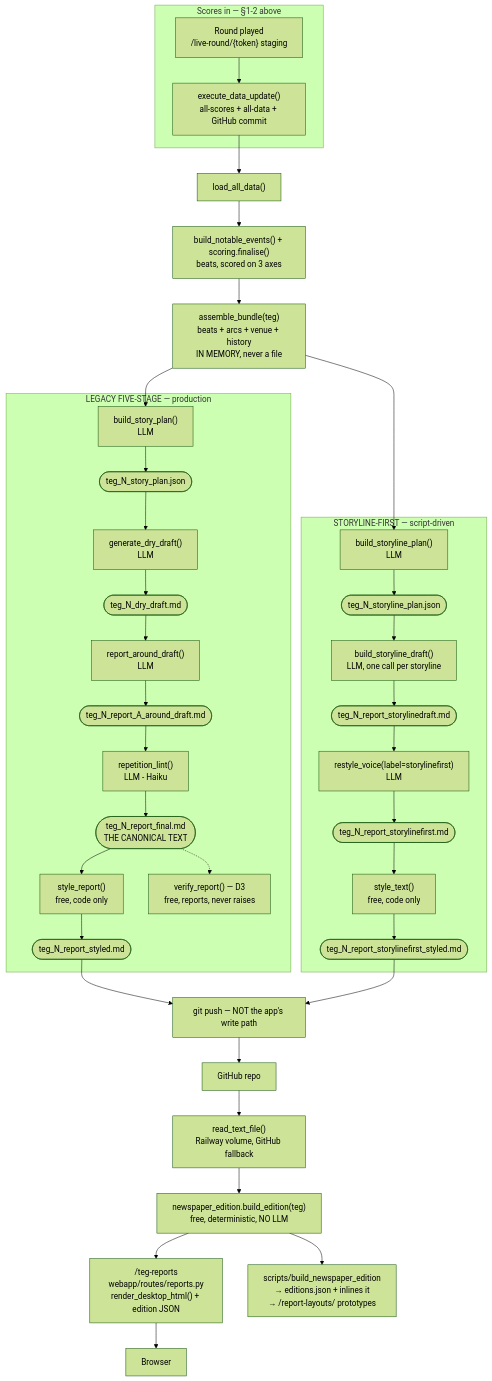
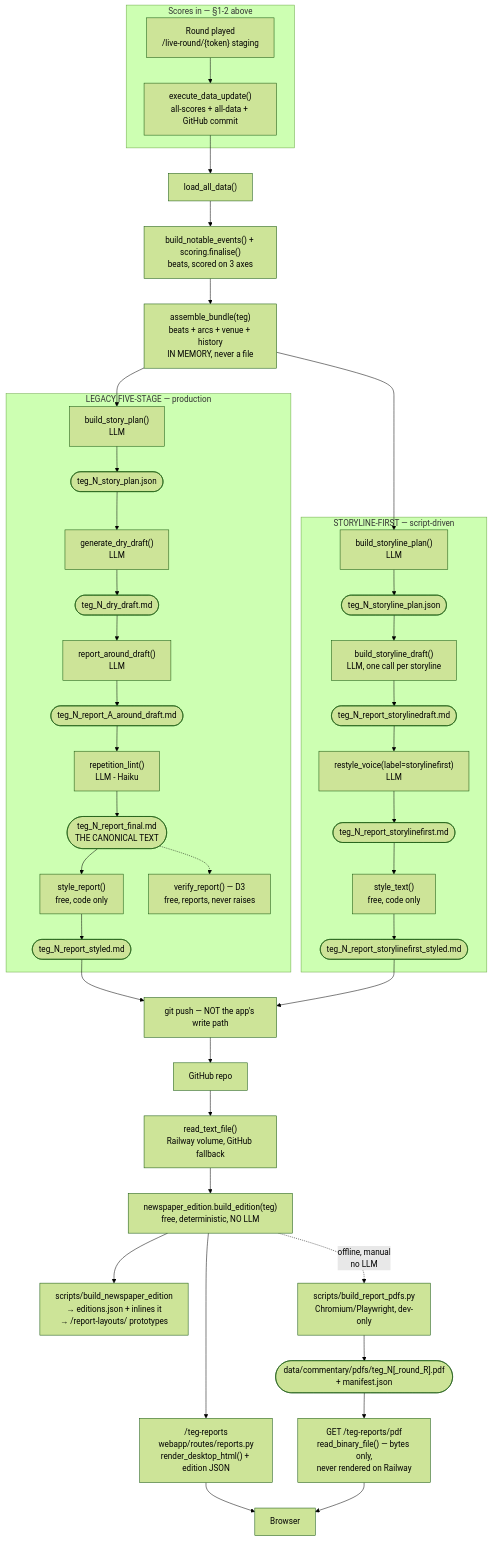
Before and after one commit to jonbaker99/teg_v2: the diagram in DATA_FLOW.md, drawn with Mermaid (forest theme). The commit also changed other lines of this file and 120 other files, not shown here.

````diff
--- a/DATA_FLOW.md
+++ b/DATA_FLOW.md
@@ -368,41 +376,46 @@
 ```mermaid
 flowchart TD
     subgraph entry ["Scores in — §1-2 above"]
         A["Round played<br/>/live-round/{token} staging"] --> B["execute_data_update()<br/>all-scores + all-data + GitHub commit"]
     end
 
     B --> C["load_all_data()"]
     C --> D["build_notable_events() + scoring.finalise()<br/>beats, scored on 3 axes"]
     D --> E["assemble_bundle(teg)<br/>beats + arcs + venue + history<br/>IN MEMORY, never a file"]
 
     subgraph legacy ["LEGACY FIVE-STAGE — production"]
         L1["build_story_plan()<br/>LLM"] --> L1f(["teg_N_story_plan.json"])
         L1f --> L2["generate_dry_draft()<br/>LLM"] --> L2f(["teg_N_dry_draft.md"])
         L2f --> L3["report_around_draft()<br/>LLM"] --> L3f(["teg_N_report_A_around_draft.md"])
         L3f --> L4["repetition_lint()<br/>LLM - Haiku"] --> L4f(["teg_N_report_final.md<br/>THE CANONICAL TEXT"])
         L4f --> L5["style_report()<br/>free, code only"] --> L5f(["teg_N_report_styled.md"])
         L4f -.-> LV["verify_report() — D3<br/>free, reports, never raises"]
     end
 
     subgraph storyline ["STORYLINE-FIRST — script-driven"]
         S1["build_storyline_plan()<br/>LLM"] --> S1f(["teg_N_storyline_plan.json"])
         S1f --> S2["build_storyline_draft()<br/>LLM, one call per storyline"] --> S2f(["teg_N_report_storylinedraft.md"])
         S2f --> S3["restyle_voice(label=storylinefirst)<br/>LLM"] --> S3f(["teg_N_report_storylinefirst.md"])
         S3f --> S4["style_text()<br/>free, code only"] --> S4f(["teg_N_report_storylinefirst_styled.md"])
     end
 
     E --> L1
     E --> S1
 
     L5f --> P["git push — NOT the app's write path"]
     S4f --> P
     P --> G["GitHub repo"]
     G --> R["read_text_file()<br/>Railway volume, GitHub fallback"]
 
     R --> NE["newspaper_edition.build_edition(teg)<br/>free, deterministic, NO LLM"]
 
     NE --> W1["/teg-reports<br/>webapp/routes/reports.py<br/>render_desktop_html() + edition JSON"]
     NE --> PR["scripts/build_newspaper_edition<br/>→ editions.json + inlines it<br/>→ /report-layouts/ prototypes"]
 
+    NE -.->|"offline, manual<br/>no LLM"| PDF["scripts/build_report_pdfs.py<br/>Chromium/Playwright, dev-only"]
+    PDF --> PDFf(["data/commentary/pdfs/teg_N[_round_R].pdf<br/>+ manifest.json"])
+    PDFf --> PDFR["GET /teg-reports/pdf<br/>read_binary_file() — bytes only,<br/>never rendered on Railway"]
+
     W1 --> BR["Browser"]
+    PDFR --> BR
 ```
````
